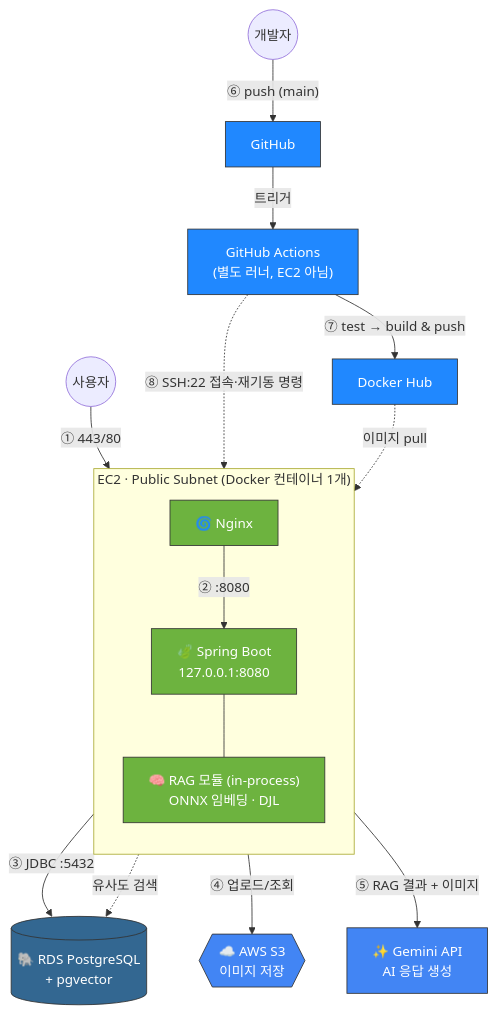
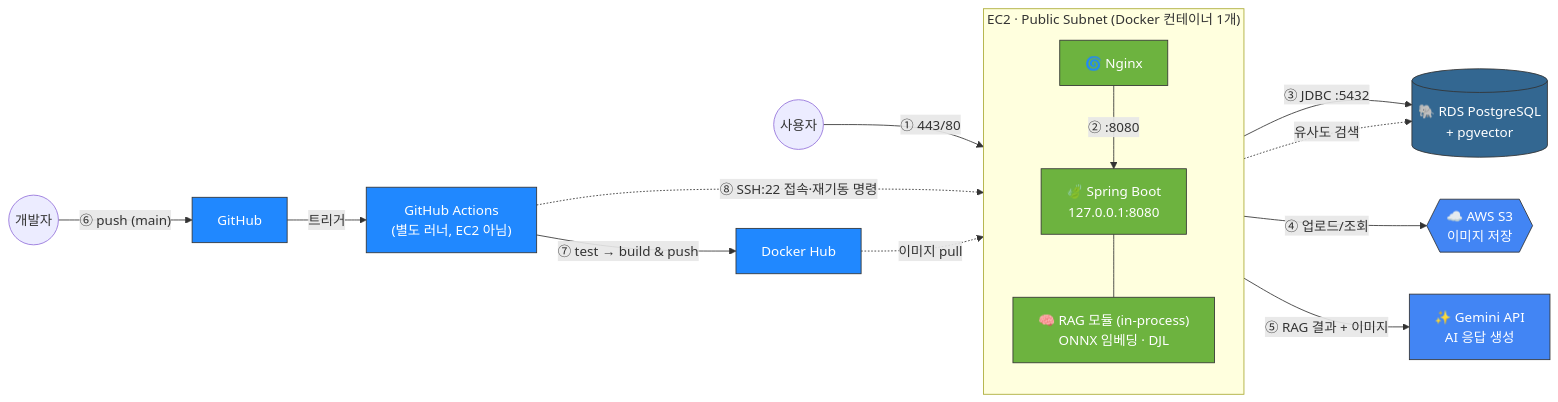
One commit to SD-Team02/SD-Team02-backend changed the diagram in README.md. Above: the diagram before and after it, drawn with Mermaid. The commit also changed other lines of this file, not shown here.

````diff
--- a/README.md
+++ b/README.md
@@ -97,38 +97,38 @@
 ```mermaid
-graph TD
+graph LR
     User((사용자)) -->|"① 443/80"| Nginx
  
     subgraph EC2["EC2 · Public Subnet (Docker 컨테이너 1개)"]
         direction TB
         Nginx["🌀 Nginx"]
         Spring["🍃 Spring Boot\n127.0.0.1:8080"]
         RAG["🧠 RAG 모듈 (in-process)\nONNX 임베딩 · DJL"]
         Nginx -->|"② :8080"| Spring
         Spring --- RAG
     end
  
     RDS[("🐘 RDS PostgreSQL\n+ pgvector")]
     S3{{"☁️ AWS S3\n이미지 저장"}}
     Gemini["✨ Gemini API\nAI 응답 생성"]
  
     Spring -->|"③ JDBC :5432"| RDS
     Spring -->|"④ 업로드/조회"| S3
     RAG -.->|"유사도 검색"| RDS
     Spring -->|"⑤ RAG 결과 + 이미지"| Gemini
  
     Dev((개발자)) -->|"⑥ push (main)"| GitHub[GitHub]
     GitHub -->|트리거| Actions["GitHub Actions\n(별도 러너, EC2 아님)"]
     Actions -->|"⑦ test → build & push"| Hub[Docker Hub]
     Actions -.->|"⑧ SSH:22 접속·재기동 명령"| Spring
     Hub -.->|"이미지 pull"| Spring
  
     classDef spring fill:#6DB33F,stroke:#333,color:#fff;
     classDef db fill:#336791,stroke:#333,color:#fff;
     classDef ext fill:#4285F4,stroke:#333,color:#fff;
     classDef ci fill:#2088FF,stroke:#333,color:#fff;
  
     class Spring,Nginx,RAG spring;
     class RDS db;
     class S3,Gemini ext;
     class GitHub,Actions,Hub ci;
 ```
````
